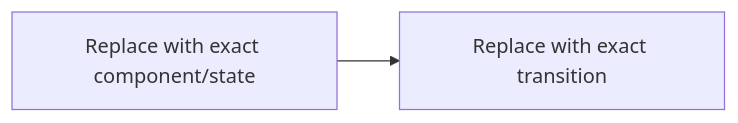
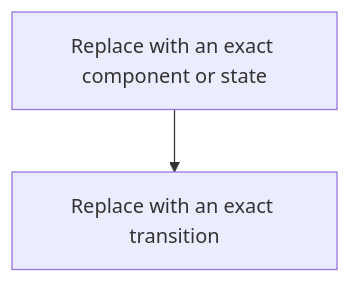
One commit to rahulyadev/system-design changed the diagram in templates/lecture/notes.md. Above: the diagram before and after it, drawn with Mermaid. The commit also changed other lines of this file and 70 other files, not shown here.

````diff
--- a/templates/lecture/notes.md
+++ b/templates/lecture/notes.md
@@ -44,4 +43,4 @@
 ```mermaid
-flowchart LR
-    A["Replace with exact component/state"] --> B["Replace with exact transition"]
+flowchart TD
+    A["Replace with an exact component or state"] --> B["Replace with an exact transition"]
 ```
````
